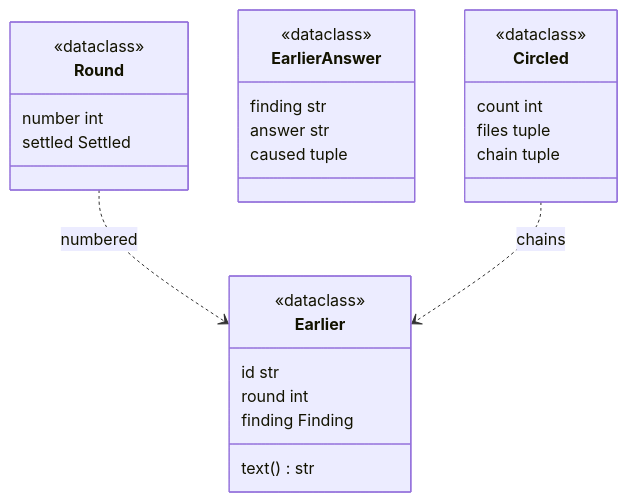
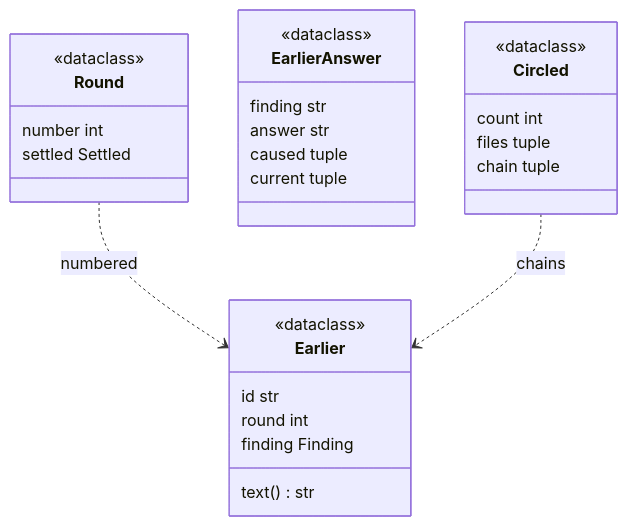
The second of 3 diagrams in docs/architecture/modules/review_history.md (plaplanche/ariane), drawn with Mermaid before and after one commit. The commit also changed other lines of this file and 5 other files, not shown here.

````diff
--- a/docs/architecture/modules/review_history.md
+++ b/docs/architecture/modules/review_history.md
@@ -51,29 +51,30 @@
 ```mermaid
 classDiagram
 class Round {
   <<dataclass>>
   number int
   settled Settled
 }
 class Earlier {
   <<dataclass>>
   id str
   round int
   finding Finding
   text() str
 }
 class EarlierAnswer {
   <<dataclass>>
   finding str
   answer str
   caused tuple
+  current tuple
 }
 class Circled {
   <<dataclass>>
   count int
   files tuple
   chain tuple
 }
 Round ..> Earlier : numbered
 Circled ..> Earlier : chains
 ```
````
